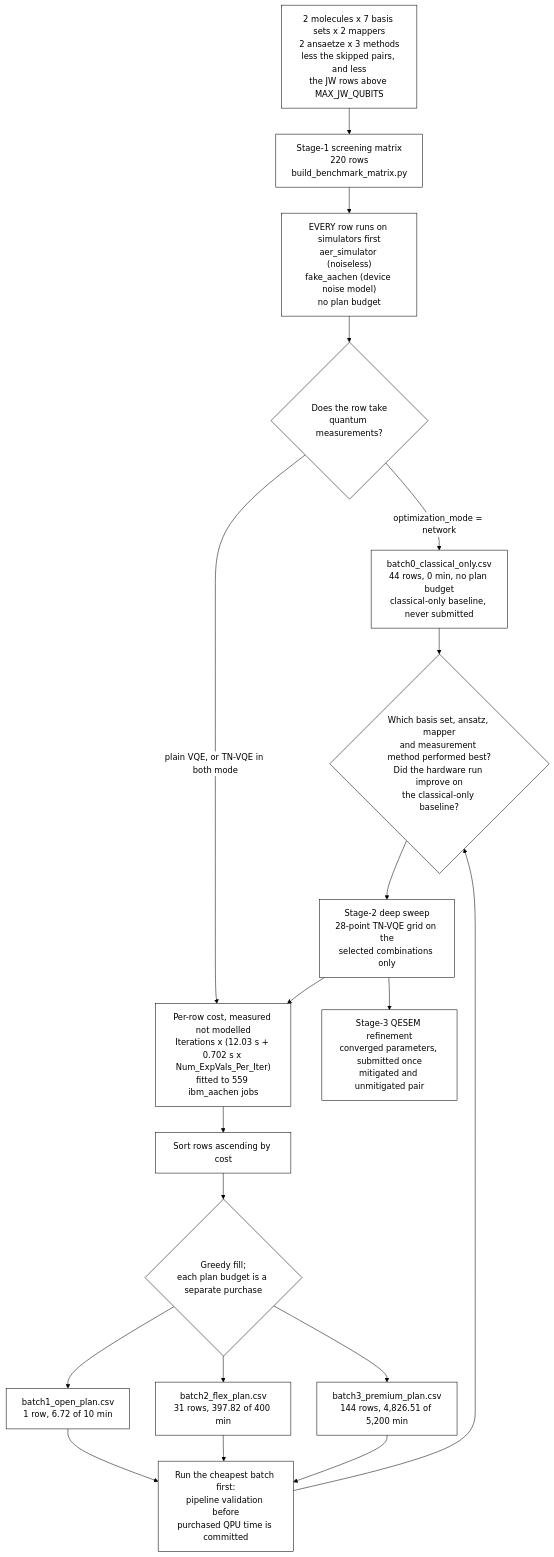
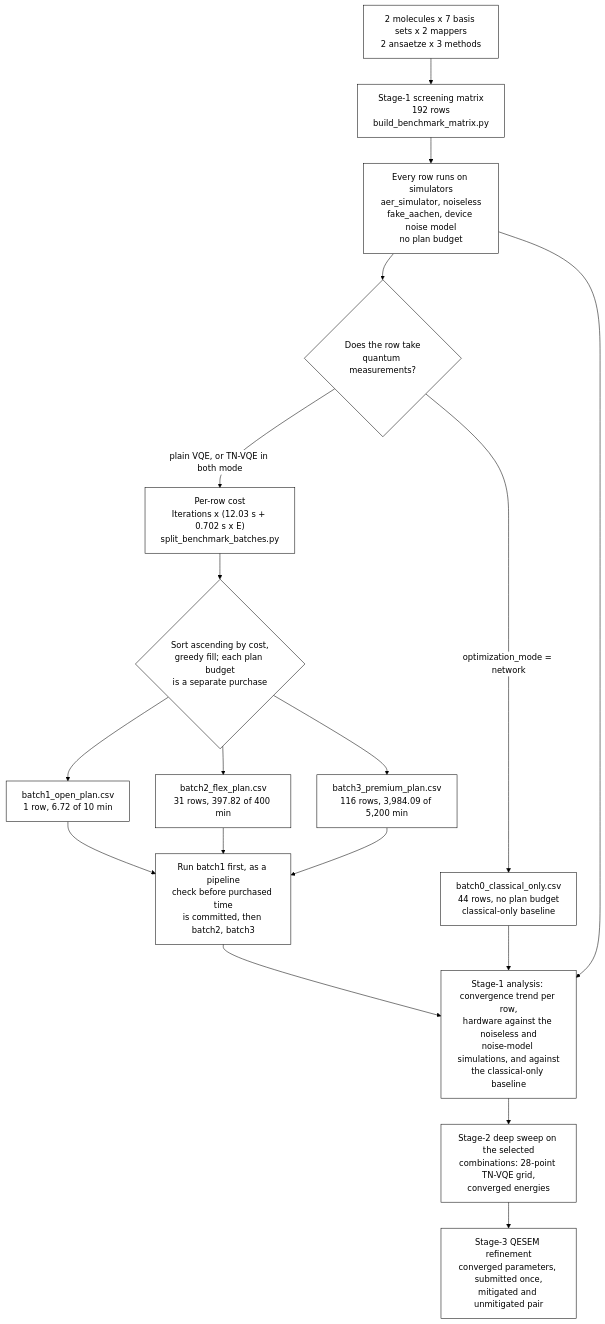
One commit to MQSdk/qpubench changed the diagram in data/benchmarks/ibm_tn-vqe_qesem/README.md. Above: the diagram before and after it, drawn with Mermaid. The commit also changed other lines of this file and 6 other files, not shown here.

````diff
--- a/data/benchmarks/ibm_tn-vqe_qesem/README.md
+++ b/data/benchmarks/ibm_tn-vqe_qesem/README.md
@@ -280,30 +276,28 @@
 ```mermaid
 %%{init: {"theme": "base", "themeVariables": {"background": "#ffffff", "primaryColor": "#ffffff", "primaryBorderColor": "#000000", "primaryTextColor": "#000000", "lineColor": "#000000", "secondaryColor": "#ffffff", "tertiaryColor": "#ffffff", "clusterBkg": "#ffffff", "clusterBorder": "#000000", "edgeLabelBackground": "#ffffff", "fontFamily": "monospace"}}}%%
 flowchart TD
-    A["2 molecules x 7 basis sets x 2 mappers<br/>2 ansaetze x 3 methods<br/>less the skipped pairs, and less<br/>the JW rows above MAX_JW_QUBITS"]
-    A --> B["Stage-1 screening matrix<br/>220 rows<br/>build_benchmark_matrix.py"]
-
-    B --> S["EVERY row runs on simulators first<br/>aer_simulator (noiseless)<br/>fake_aachen (device noise model)<br/>no plan budget"]
+    A["2 molecules x 7 basis sets x 2 mappers<br/>2 ansaetze x 3 methods"]
+    A --> B["Stage-1 screening matrix<br/>192 rows<br/>build_benchmark_matrix.py"]
+    B --> S["Every row runs on simulators<br/>aer_simulator, noiseless<br/>fake_aachen, device noise model<br/>no plan budget"]
 
     S --> Z{"Does the row take<br/>quantum measurements?"}
-    Z -->|"optimization_mode = network"| Y["batch0_classical_only.csv<br/>44 rows, 0 min, no plan budget<br/>classical-only baseline, never submitted"]
+    Z -->|"optimization_mode = network"| Y["batch0_classical_only.csv<br/>44 rows, no plan budget<br/>classical-only baseline"]
+    Z -->|"plain VQE, or TN-VQE in both mode"| C["Per-row cost<br/>Iterations x (12.03 s + 0.702 s x E)<br/>split_benchmark_batches.py"]
 
-    Z -->|"plain VQE, or TN-VQE in both mode"| C["Per-row cost, measured not modelled<br/>Iterations x (12.03 s + 0.702 s x Num_ExpVals_Per_Iter)<br/>fitted to 559 ibm_aachen jobs"]
-    C --> G["Sort rows ascending by cost"]
-    G --> H{"Greedy fill;<br/>each plan budget is a separate purchase"}
+    C --> H{"Sort ascending by cost,<br/>greedy fill; each plan budget<br/>is a separate purchase"}
     H --> I["batch1_open_plan.csv<br/>1 row, 6.72 of 10 min"]
     H --> J["batch2_flex_plan.csv<br/>31 rows, 397.82 of 400 min"]
-    H --> K["batch3_premium_plan.csv<br/>144 rows, 4,826.51 of 5,200 min"]
+    H --> K["batch3_premium_plan.csv<br/>116 rows, 3,984.09 of 5,200 min"]
+    I --> R["Run batch1 first, as a pipeline<br/>check before purchased time<br/>is committed, then batch2, batch3"]
+    J --> R
+    K --> R
 
-    I --> M["Run the cheapest batch first:<br/>pipeline validation before<br/>purchased QPU time is committed"]
-    J --> M
-    K --> M
+    R --> N["Stage-1 analysis: convergence trend per row,<br/>hardware against the noiseless and<br/>noise-model simulations, and against<br/>the classical-only baseline"]
     Y --> N
-    M --> N{"Which basis set, ansatz, mapper<br/>and measurement method performed best?<br/>Did the hardware run improve on<br/>the classical-only baseline?"}
-    N --> O["Stage-2 deep sweep<br/>28-point TN-VQE grid on the<br/>selected combinations only"]
-    O --> C
-    O --> P["Stage-3 QESEM refinement<br/>converged parameters, submitted once<br/>mitigated and unmitigated pair"]
+    S --> N
+    N --> O["Stage-2 deep sweep on the selected<br/>combinations: 28-point TN-VQE grid,<br/>converged energies"]
+    O --> P["Stage-3 QESEM refinement<br/>converged parameters, submitted once,<br/>mitigated and unmitigated pair"]
 
     classDef bw fill:#ffffff,stroke:#000000,stroke-width:1px,color:#000000
-    class A,B,C,G,H,I,J,K,M,N,O,P,S,Y,Z bw
+    class A,B,C,H,I,J,K,N,O,P,R,S,Y,Z bw
 ```
````
